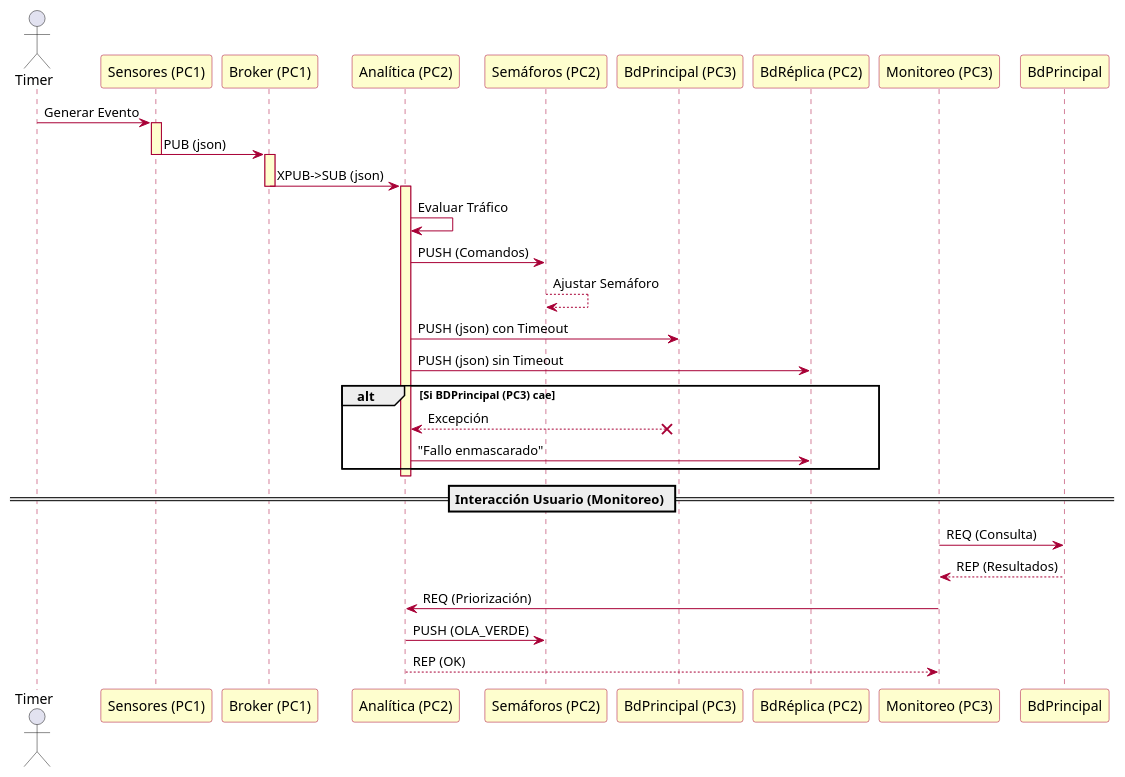
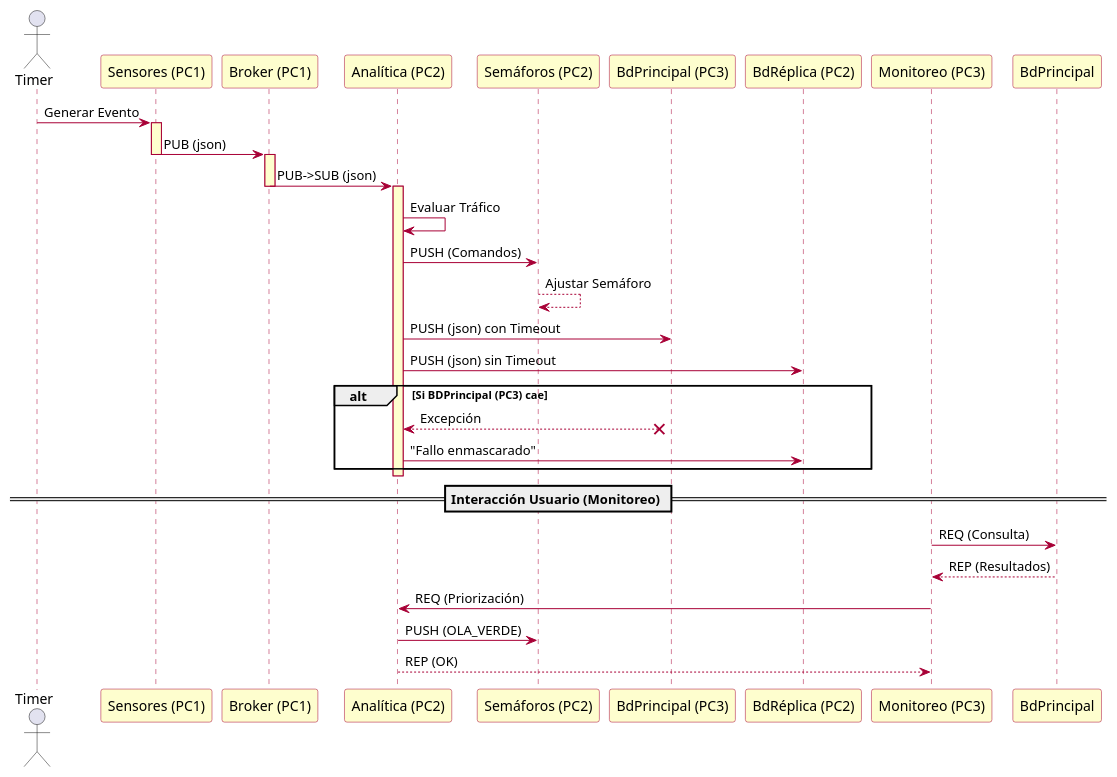
One commit to Miguel4950/Distibuidos-Proyecto-1 changed the diagram in diagramas/diagrama_secuencias.puml. Above: the diagram before and after it, drawn with PlantUML. The commit also changed 16 other files, not shown here.

Commit message:
update java source code diagrams and readme for delivery 2

```diff
--- a/diagramas/diagrama_secuencias.puml
+++ b/diagramas/diagrama_secuencias.puml
@@ -1,60 +1,60 @@
 @startuml diagrama_secuencias
 
 skinparam classAttributeIconSize 0
 skinparam classFontSize 13
 skinparam classAttributeFontSize 11
 skinparam classFontStyle bold
 skinparam backgroundColor white
 skinparam participant {
     BackgroundColor #FEFECE
     BorderColor #A80036
 }
 skinparam sequence {
     ArrowColor #A80036
     LifeLineBorderColor #A80036
     LifeLineBackgroundColor #FEFECE
 }
 
 actor "Timer" as Timer
 participant "Sensores (PC1)" as Sensores
 participant "Broker (PC1)" as Broker
 participant "Analítica (PC2)" as Analitica
 participant "Semáforos (PC2)" as Semaforos
 participant "BdPrincipal (PC3)" as BD1
 participant "BdRéplica (PC2)" as BDR
 participant "Monitoreo (PC3)" as Monitoreo
 
 Timer -> Sensores : Generar Evento
 activate Sensores
 Sensores -> Broker : PUB (json)
 deactivate Sensores
 
 activate Broker
-Broker -> Analitica : XPUB->SUB (json)
+Broker -> Analitica : PUB->SUB (json)
 deactivate Broker
 
 activate Analitica
 Analitica -> Analitica : Evaluar Tráfico
 
 Analitica -> Semaforos : PUSH (Comandos)
 Semaforos --> Semaforos : Ajustar Semáforo
 
 Analitica -> BD1 : PUSH (json) con Timeout
 Analitica -> BDR : PUSH (json) sin Timeout
 
 alt Si BDPrincipal (PC3) cae
     BD1 X-- Analitica : Excepción
     Analitica -> BDR : "Fallo enmascarado"
 end
 
 deactivate Analitica
 
 == Interacción Usuario (Monitoreo) ==
 Monitoreo -> BdPrincipal : REQ (Consulta)
 BdPrincipal --> Monitoreo : REP (Resultados)
 
 Monitoreo -> Analitica : REQ (Priorización)
 Analitica -> Semaforos : PUSH (OLA_VERDE)
 Analitica --> Monitoreo : REP (OK)
 
 @enduml
```
